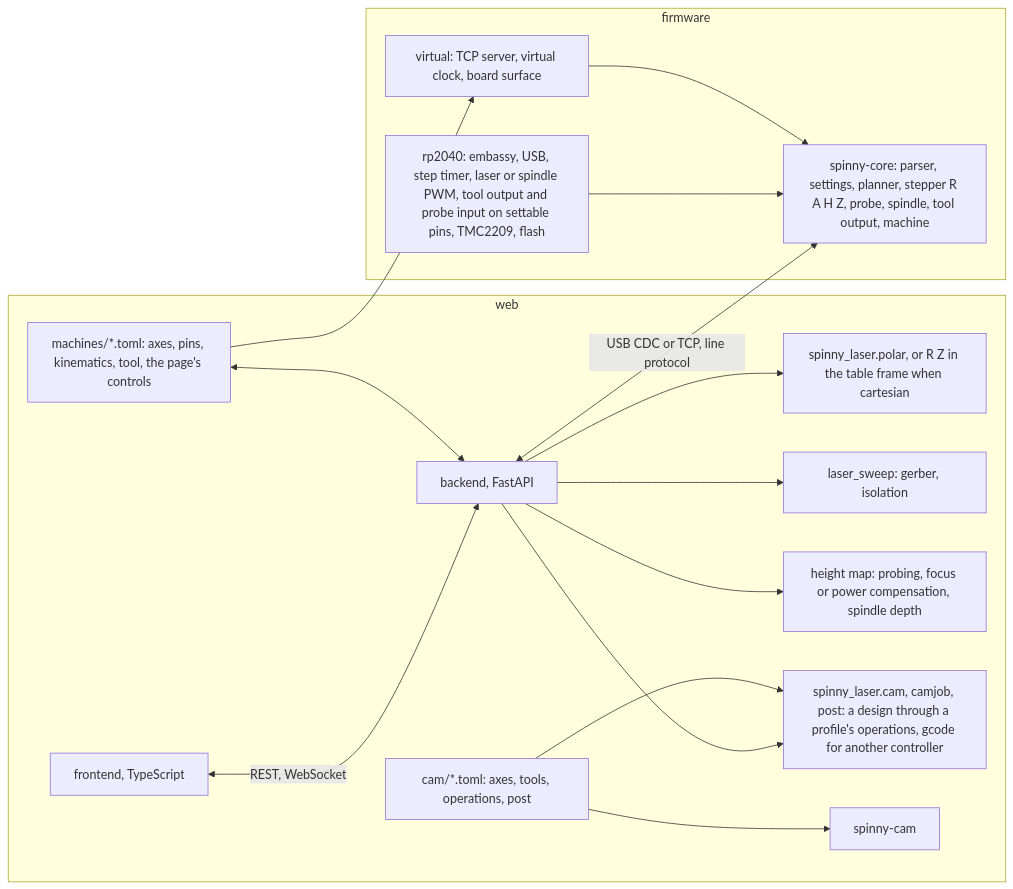
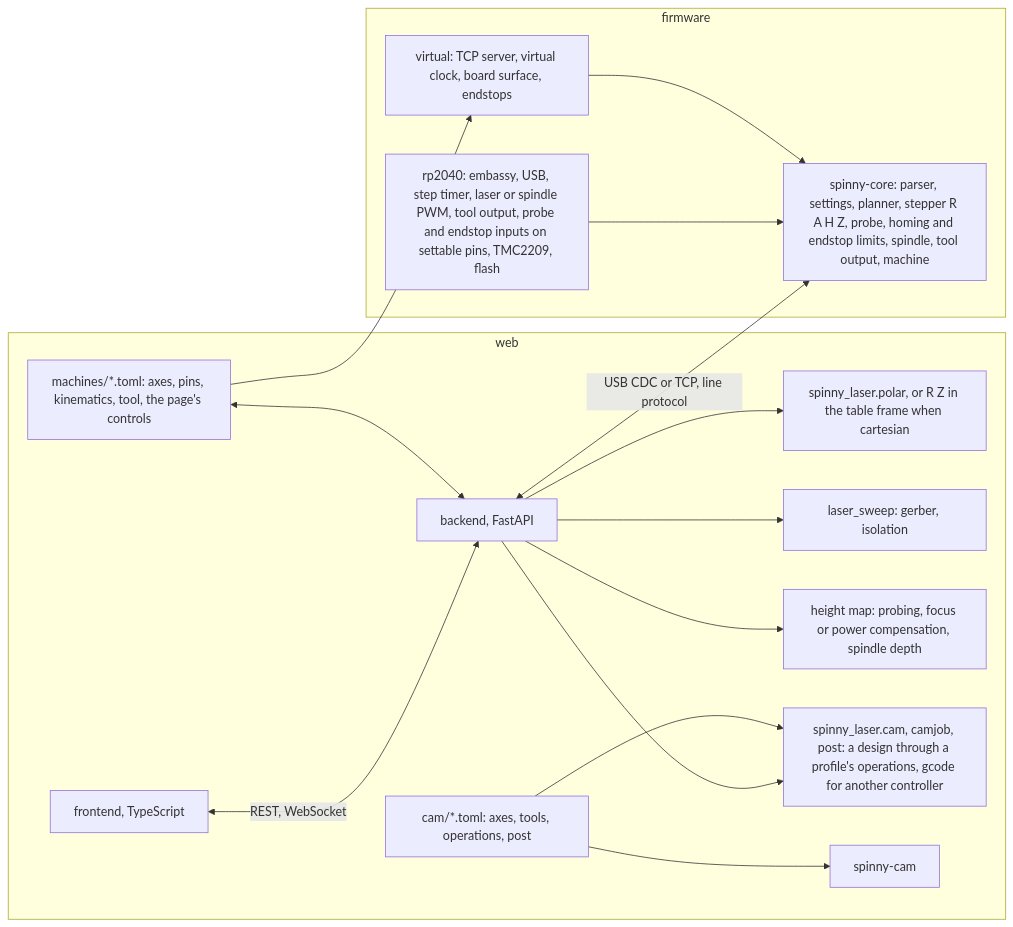
Before and after one commit to tmpk13/spinny-cnc: the first of 2 diagrams in docs/ARCHITECTURE.md, drawn with Mermaid. The commit also changed 40 other files, not shown here.

````diff
--- a/docs/ARCHITECTURE.md
+++ b/docs/ARCHITECTURE.md
@@ -28,19 +28,19 @@
 ```mermaid
 flowchart LR
     subgraph web
         FE[frontend, TypeScript] <-->|REST, WebSocket| BE[backend, FastAPI]
         BE --> KIN[spinny_laser.polar, or R Z in the table frame when cartesian]
         BE --> LS[laser_sweep: gerber, isolation]
         BE --> HM[height map: probing, focus or power compensation, spindle depth]
         BE --> CAM[spinny_laser.cam, camjob, post: a design through a profile's operations, gcode for another controller]
         MF[machines/*.toml: axes, pins, kinematics, tool, the page's controls] <--> BE
         CF[cam/*.toml: axes, tools, operations, post] --> CAM
         CF --> CLI[spinny-cam]
     end
     MF --> VIRT
     BE <-->|USB CDC or TCP, line protocol| CORE
     subgraph firmware
-        RP[rp2040: embassy, USB, step timer, laser or spindle PWM, tool output and probe input on settable pins, TMC2209, flash] --> CORE[spinny-core: parser, settings, planner, stepper R A H Z, probe, spindle, tool output, machine]
-        VIRT[virtual: TCP server, virtual clock, board surface] --> CORE
+        RP[rp2040: embassy, USB, step timer, laser or spindle PWM, tool output, probe and endstop inputs on settable pins, TMC2209, flash] --> CORE[spinny-core: parser, settings, planner, stepper R A H Z, probe, homing and endstop limits, spindle, tool output, machine]
+        VIRT[virtual: TCP server, virtual clock, board surface, endstops] --> CORE
     end
 ```
````
